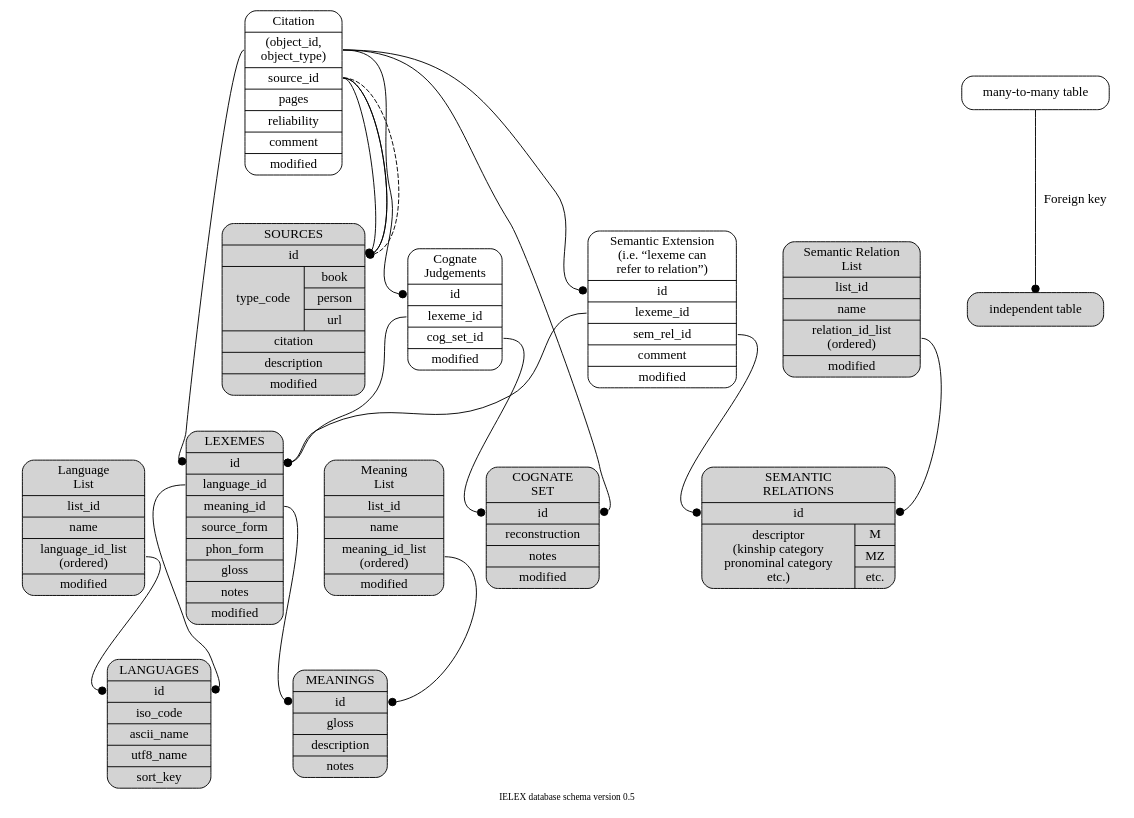
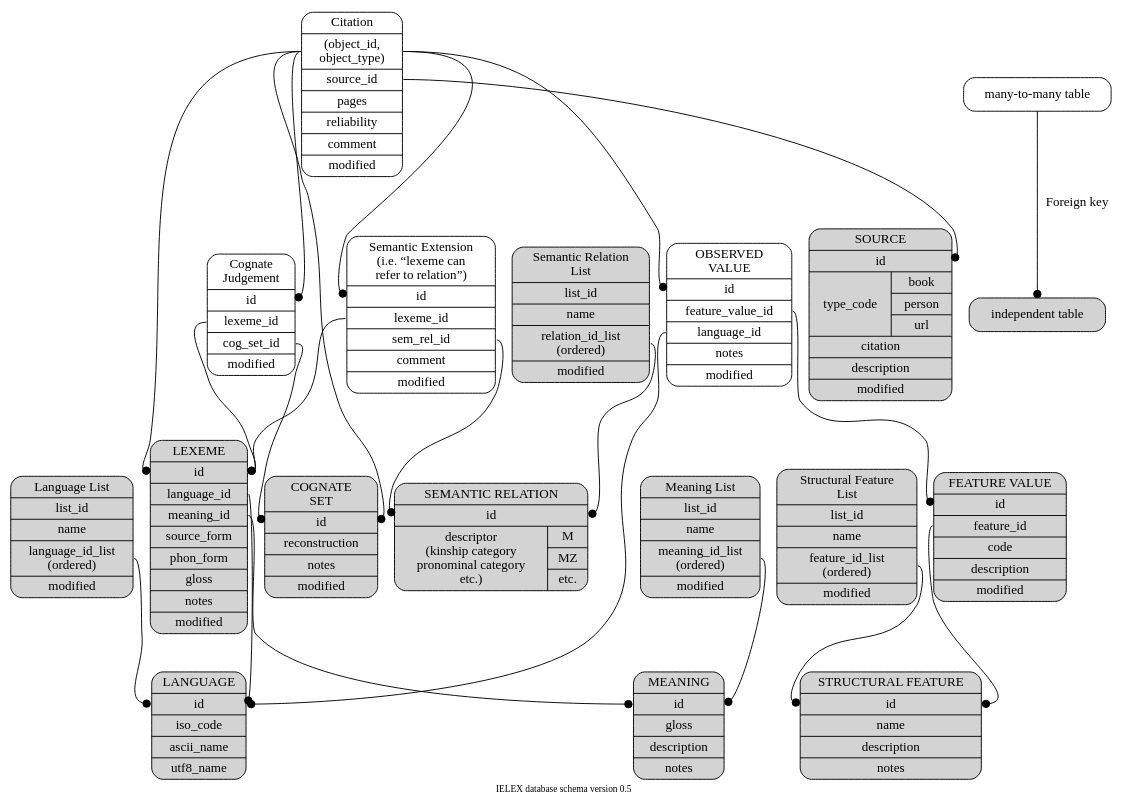
One commit to lingdb/CoBL-public changed the diagram in dev/database_structure.dot. Above: the diagram before and after it, drawn with Graphviz. The commit also changed 1 other file, not shown here.

```diff
--- a/dev/database_structure.dot
+++ b/dev/database_structure.dot
@@ -1,75 +1,92 @@
 digraph g { // neato -Tpdf -O database_structure.dot
   ordering=out;
   fontsize=10;
   overlap=scale;
   splines=true;
   sep=0.2;
   ratio=0.7;
   label="IELEX database schema version 0.5";
   node [shape=Mrecord];
   edge [arrowhead=dot];
 
   // 0
-  language_list [pos="0,4.5!", style=filled,
-	label="{Language\nList | list_id | name |<lid> language_id_list\n(ordered) | modified }"];
-  meaning_list [pos="0,2.5!", style=filled,
-	label="{Meaning\nList | list_id | name |<mid> meaning_id_list\n(ordered) | modified }"];
-  relation_list [pos="0,1!", style=filled,
-	label="{Semantic Relation\nList | list_id | name |<rid> relation_id_list\n(ordered) | modified }"];
+  feature_list [pos="0,3.5!", style=filled,
+	label="{Structural Feature\nList | list_id | name |<fid> feature_id_list\n(ordered) | modified }"];
+  language_list [pos="0,2!", style=filled,
+        label="{Language List | list_id | name |<lid> language_id_list\n(ordered) | modified }"];
+  meaning_list [pos="0,1!", style=filled,
+        label="{Meaning List | list_id | name |<mid> meaning_id_list\n(ordered) | modified }"];
+  relation_list [pos="0,0!", style=filled,
+    	   label="{Semantic Relation\nList | list_id | name |<rid> relation_id_list\n(ordered) | modified }"];
+  // object_list [pos="0,1!", style=filled,
+  //	label="{Ordered\n Object List | list_id | name |<oid> (object_id_list,\n  object_type) | modified }"];
 
   // 1
-  language [pos="1,4!",style=filled,
-	label="{LANGUAGES |<id> id | iso_code | ascii_name | utf8_name | sort_key }"];
-  meaning [pos="1,2.5!",style=filled,
-	label="{MEANINGS |<id> id | gloss | description |notes }"];
-  relation [pos="1.5,1!",style=filled,
-	label="{SEMANTIC\nRELATIONS | <id> id |{descriptor\n(kinship category\npronominal category\netc.) |{M | MZ | etc.}}}"];
+  feature [pos="1,3.5!",style=filled,
+	label="{STRUCTURAL FEATURE |<id> id | name | description | notes }"];
+  language [pos="1,2!",style=filled,
+	label="{LANGUAGE |<id> id | iso_code | ascii_name | utf8_name }"];
+  meaning [pos="1,1!",style=filled,
+	label="{MEANING |<id> id | gloss | description | notes }"];
+  relation [pos="1,0!",style=filled,
+	label="{SEMANTIC RELATION | <id> id |{descriptor\n(kinship category\npronominal category\netc.) |{M | MZ | etc.}}}"];
 
   // 2
-  lexeme [pos="2,3!",style=filled,
-	label="{LEXEMES |<id> id |<lid> language_id |<mid> meaning_id | source_form | phon_form | gloss | notes | modified }"];
+  feature_value [pos="2.5,4!",style=filled,
+	label="{FEATURE VALUE |<id> id |<fid> feature_id | code | description | modified }"];
+  lexeme [pos="2,1!",style=filled,
+	label="{LEXEME |<id> id |<lid> language_id |<mid> meaning_id | source_form | phon_form | gloss | notes | modified }"];
 
   // 3
-  judgement [pos="3,5!",
-	label="{Cognate\nJudgements |<id> id |<fid> lexeme_id |<cid> cog_set_id | modified }"];
-  semantic_extension [pos="3.5,2!",
+
+  judgement [pos="3,3!",
+	label="{Cognate\nJudgement |<id> id |<fid> lexeme_id |<cid> cog_set_id | modified }"];
+  semantic_extension [pos="3.5,0.5!",
 	label="{Semantic Extension\n(i.e. “lexeme can\n  refer to relation”) |<id> id |<fid> lexeme_id |<bid> sem_rel_id |  comment | modified }"];
 
   // 4
-  cogset [pos="4,4!",style=filled,
+
+  observed_value [pos="4,4!",
+	label="{OBSERVED\nVALUE |<id> id |<fid> feature_value_id |<lid> language_id | notes | modified }"];
+  cogset [pos="4,2!",style=filled,
 	label="{COGNATE\nSET |<id> id | reconstruction | notes | modified }"];
 
   // 5
-  citation [pos="5,3!",
-	label="{Citation |<oid> (object_id,\nobject_type) |<sid> source_id | pages | reliability | comment | modified}"];
+  citation [pos="5,1.5!",
+	label="{Citation |<oid> (object_id,\n  object_type) |<sid> source_id | pages | reliability | comment | modified}"];
 
   // 6
-  source [pos="6,3!",style=filled,
-	label="{SOURCES |<id> id |{type_code |{book | person | url}}|  citation | description | modified }"];
+  source [pos="6,1.5!",style=filled,
+	label="{SOURCE |<id> id |{type_code |{book | person | url}}|  citation | description | modified }"];
 
   // key
-  key1 [pos="4.5,1!", label="independent table", style=filled];
-  key2 [pos="6,1!", label="many-to-many table"];
+  key1 [pos="4.5,0!", label="independent table", style=filled];
+  key2 [pos="6,0!", label="many-to-many table"];
   key2 -> key1 [label="Foreign key"];
 
   // edges
   lexeme:lid -> language:id;
   lexeme:mid -> meaning:id;
   judgement:fid -> lexeme:id [weight=8]; 
   judgement:cid -> cogset:id [weight=8];
   semantic_extension:fid -> lexeme:id;
   semantic_extension:bid -> relation:id;
+  observed_value:lid -> language:id
+  observed_value:fid -> feature_value:id
+  feature_value:fid -> feature:id
 
   citation:oid -> lexeme:id;
+  citation:oid -> judgement:id;
+  citation:oid -> cogset:id;
+  citation:oid -> semantic_extension:id;
+  citation:oid -> observed_value:id
   citation:sid -> source:id;
-  citation:oid -> judgement:id;
-  citation:sid -> source:id;
-  citation:oid -> cogset:id;
-  citation:sid -> source:id;
-  citation:oid -> semantic_extension:id;
-  citation:sid -> source:id [style=dashed];
 
+  // object_list:oid -> language:id;
+  // object_list:oid -> meaning:id;
+  // object_list:oid -> relation:id
   language_list:lid -> language:id;
   meaning_list:mid -> meaning:id;
   relation_list:rid -> relation:id
+  feature_list:fid -> feature:id
 }
```
